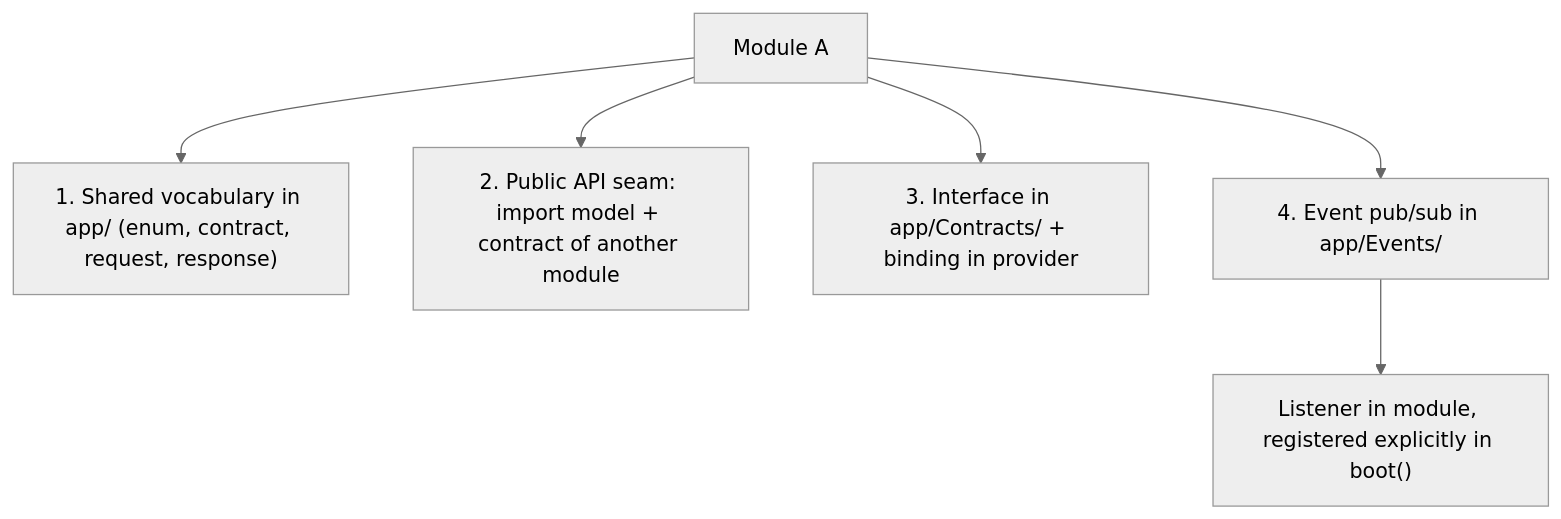
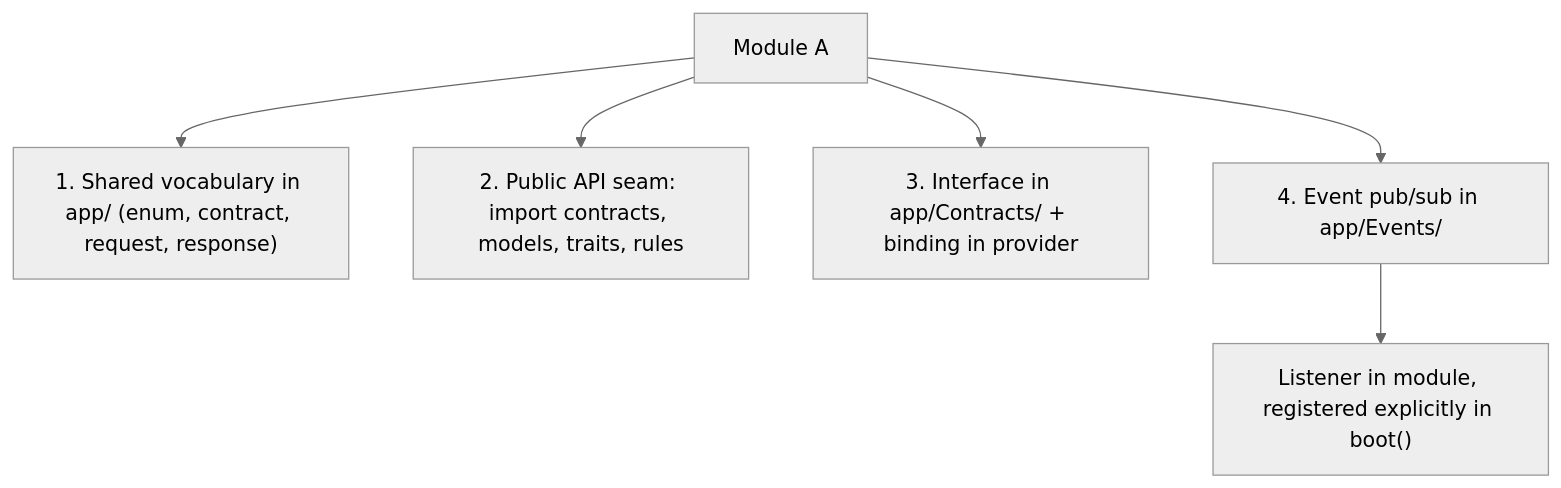
The fifth of 7 diagrams in docs/architecture.md (thomiOmi/laravel-starterkit-api), drawn with Mermaid (neutral theme) before and after one commit. The commit also changed other lines of this file and 14 other files, not shown here.

````diff
--- a/docs/architecture.md
+++ b/docs/architecture.md
@@ -167,8 +167,8 @@
 ```mermaid
 flowchart TB
     A["Module A"] --> S["1. Shared vocabulary in app/ (enum, contract, request, response)"]
-    A --> P["2. Public API seam: import model + contract of another module"]
+    A --> P["2. Public API seam: import contracts, models, traits, rules"]
     A --> I["3. Interface in app/Contracts/ + binding in provider"]
     A --> E["4. Event pub/sub in app/Events/"]
     E --> L["Listener in module, registered explicitly in boot()"]
 ```
````
